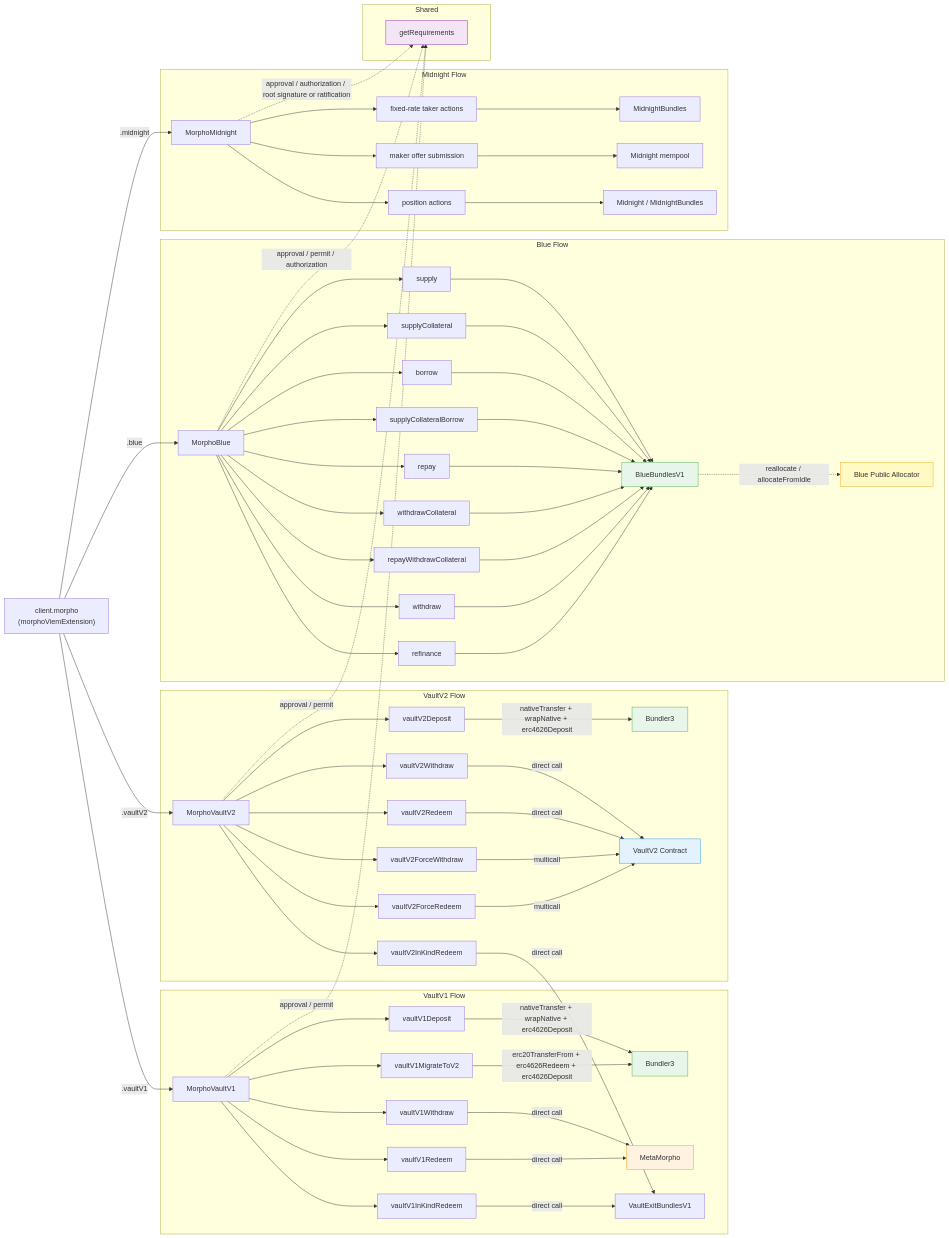
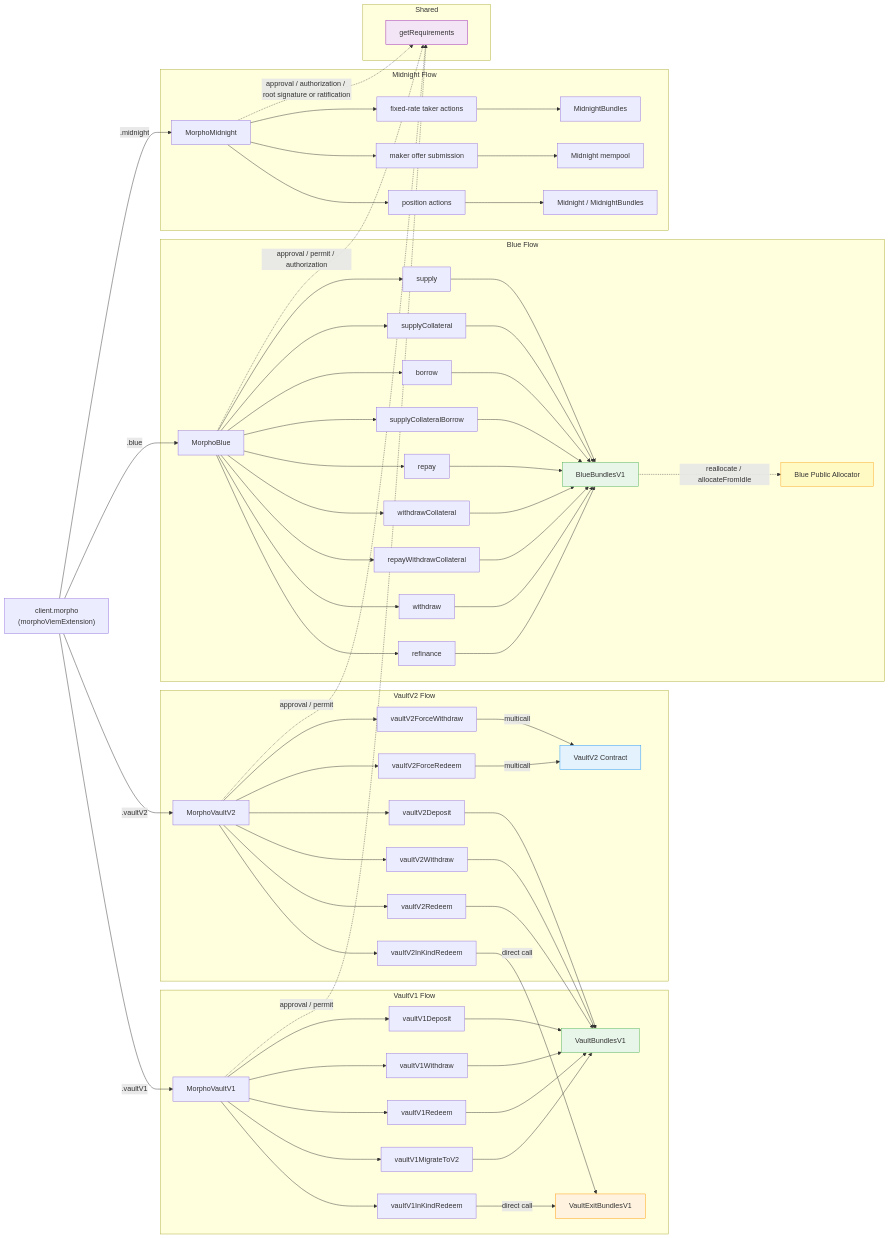
One commit to morpho-org/sdks changed the diagram in packages/morpho-sdk/README.md. Above: the diagram before and after it, drawn with Mermaid. The commit also changed 1 other file, not shown here.

Commit message:
docs: route vault guides and diagram through VaultBundlesV1
The architecture diagram still sent vaultV1Redeem and vaultV2Redeem to the
vaults and vaultV1MigrateToV2 to Bundler3, so readers updating decoding or
approvals saw pre-v6 destinations. Point the vault subgraphs at
VaultBundlesV1 alongside the Blue subgraph and drop the styles for the
removed nodes.

Add the VaultBundlesV1 chain-availability warning that the guide already
carries for BlueBundlesV1: the registry lists MetaMorpho and Vault V2 on
chains such as Celo that have no bundles.vaultBundlesV1, where every routed
vault write now throws UnknownAddressError at handle creation.

List the Vault V2 pure builders in the migration table, and fix the wdk
supply example, which discarded the signature requirement and submitted
without it. Permit2 returns an approval and a SignatureTransfer request
together, so the example sends every transaction and keeps the signature.

```diff
--- a/packages/morpho-sdk/README.md
+++ b/packages/morpho-sdk/README.md
@@ -217,11 +217,11 @@
         MV1 --> V1IKR[vaultV1InKindRedeem]
         MV1 --> V1M[vaultV1MigrateToV2]
 
-        V1D -->|nativeTransfer + wrapNative + erc4626Deposit| B1[Bundler3]
-        V1W -->|direct call| MM[MetaMorpho]
-        V1R -->|direct call| MM
+        V1D --> VBV1[VaultBundlesV1]
+        V1W --> VBV1
+        V1R --> VBV1
+        V1M --> VBV1
         V1IKR -->|direct call| VEB[VaultExitBundlesV1]
-        V1M -->|erc20TransferFrom + erc4626Redeem + erc4626Deposit| B1
     end
 
     subgraph VaultV2 Flow
@@ -233,11 +233,11 @@
         MV2 --> V2FW[vaultV2ForceWithdraw]
         MV2 --> V2FR[vaultV2ForceRedeem]
 
-        V2D -->|nativeTransfer + wrapNative + erc4626Deposit| B2[Bundler3]
-        V2W -->|direct call| V2C[VaultV2 Contract]
-        V2R -->|direct call| V2C
+        V2D --> VBV1
+        V2W --> VBV1
+        V2R --> VBV1
         V2IKR -->|direct call| VEB
-        V2FW -->|multicall| V2C
+        V2FW -->|multicall| V2C[VaultV2 Contract]
         V2FR -->|multicall| V2C
     end
 
@@ -286,10 +286,9 @@
     MM1 -.->|approval / permit / authorization| REQ
     MN1 -.->|approval / authorization / root signature or ratification| REQ
 
-    style B1 fill:#e8f5e9,stroke:#4caf50
-    style B2 fill:#e8f5e9,stroke:#4caf50
+    style VBV1 fill:#e8f5e9,stroke:#4caf50
     style BBV1 fill:#e8f5e9,stroke:#4caf50
-    style MM fill:#fff3e0,stroke:#ff9800
+    style VEB fill:#fff3e0,stroke:#ff9800
     style V2C fill:#e3f2fd,stroke:#2196f3
     style REQ fill:#f3e5f5,stroke:#9c27b0
     style BPA fill:#fff9c4,stroke:#f9a825
```
